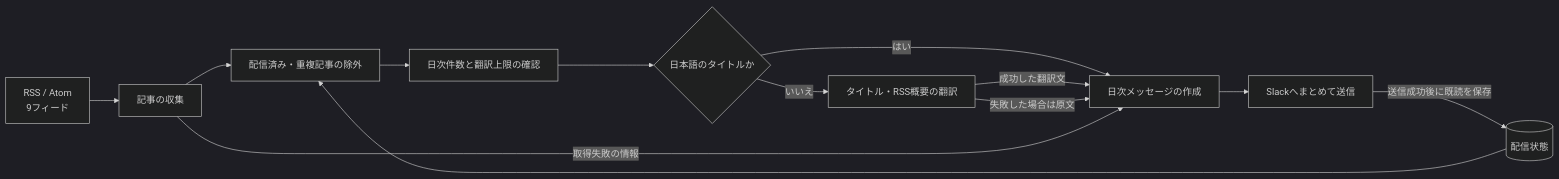
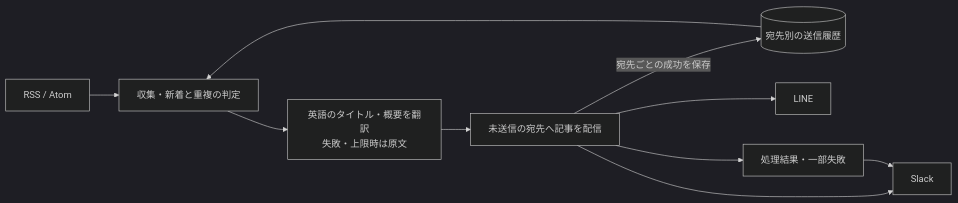
Before and after one commit to SyamGRITio/azure-news-notifier: the first of 3 diagrams in docs/design.md, drawn with Mermaid (dark theme). The commit also changed other lines of this file and 7 other files, not shown here.

Commit message:
設計書と構成図を現在の配信・監視構成に更新

````diff
--- a/docs/design.md
+++ b/docs/design.md
@@ -13,15 +14,12 @@
 ```mermaid
 flowchart LR
-    feeds["RSS / Atom<br/>9フィード"] --> collect["記事の収集"]
-    collect --> dedup["配信済み・重複記事の除外"]
-    state[("配信状態")] --> dedup
-    dedup --> limits["日次件数と翻訳上限の確認"]
-    limits --> language{"日本語のタイトルか"}
-    language -->|はい| digest["日次メッセージの作成"]
-    language -->|いいえ| translate["タイトル・RSS概要の翻訳"]
-    translate -->|成功した翻訳文| digest
-    translate -->|失敗した場合は原文| digest
-    collect -->|取得失敗の情報| digest
-    digest --> slack["Slackへまとめて送信"]
-    slack -->|送信成功後に既読を保存| state
+    feeds["RSS / Atom"] --> collect["収集・新着と重複の判定"]
+    state[("宛先別の送信履歴")] --> collect
+    collect --> translate["英語のタイトル・概要を翻訳\n失敗・上限時は原文"]
+    translate --> send["未送信の宛先へ記事を配信"]
+    send --> slack["Slack"]
+    send --> line["LINE"]
+    send -->|宛先ごとの成功を保存| state
+    send --> result["処理結果・一部失敗"]
+    result --> slack
 ```
````
